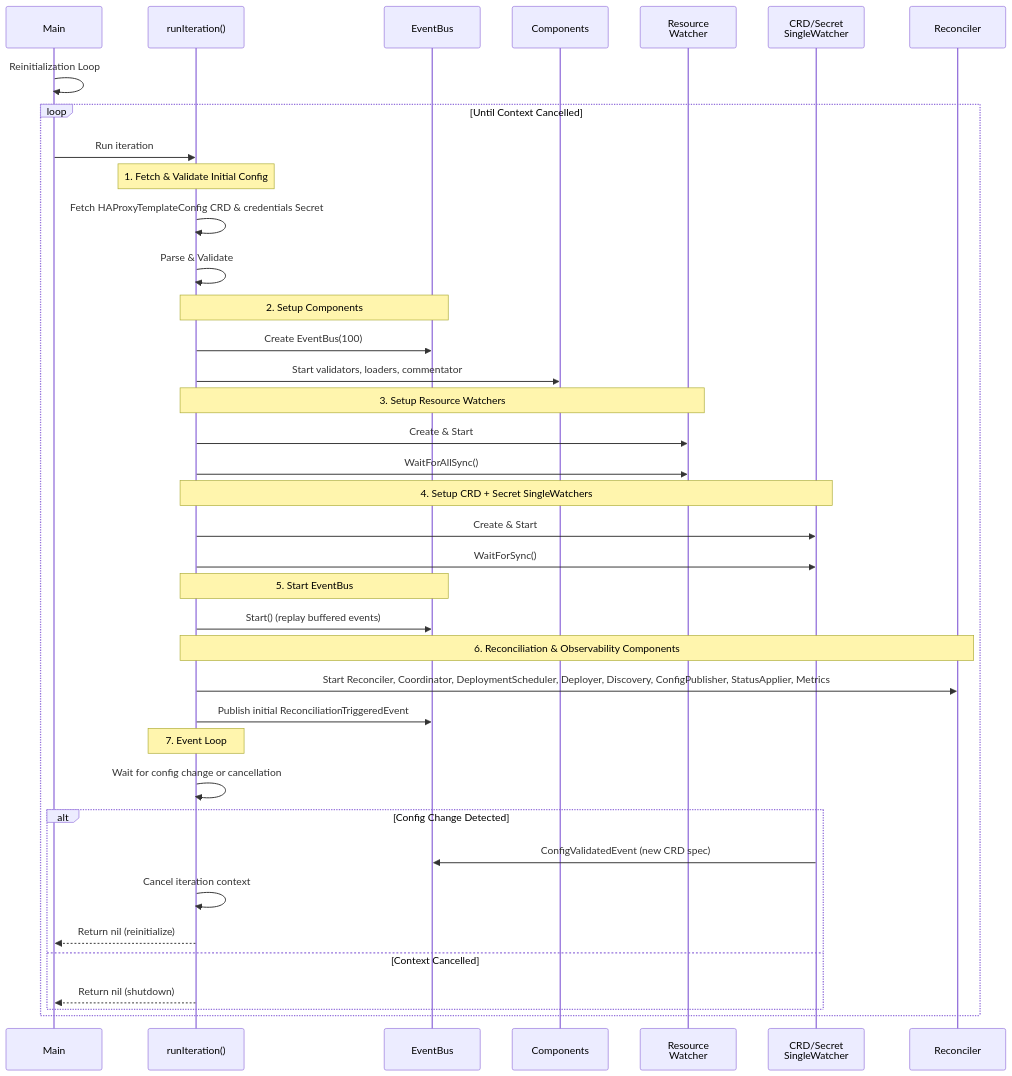
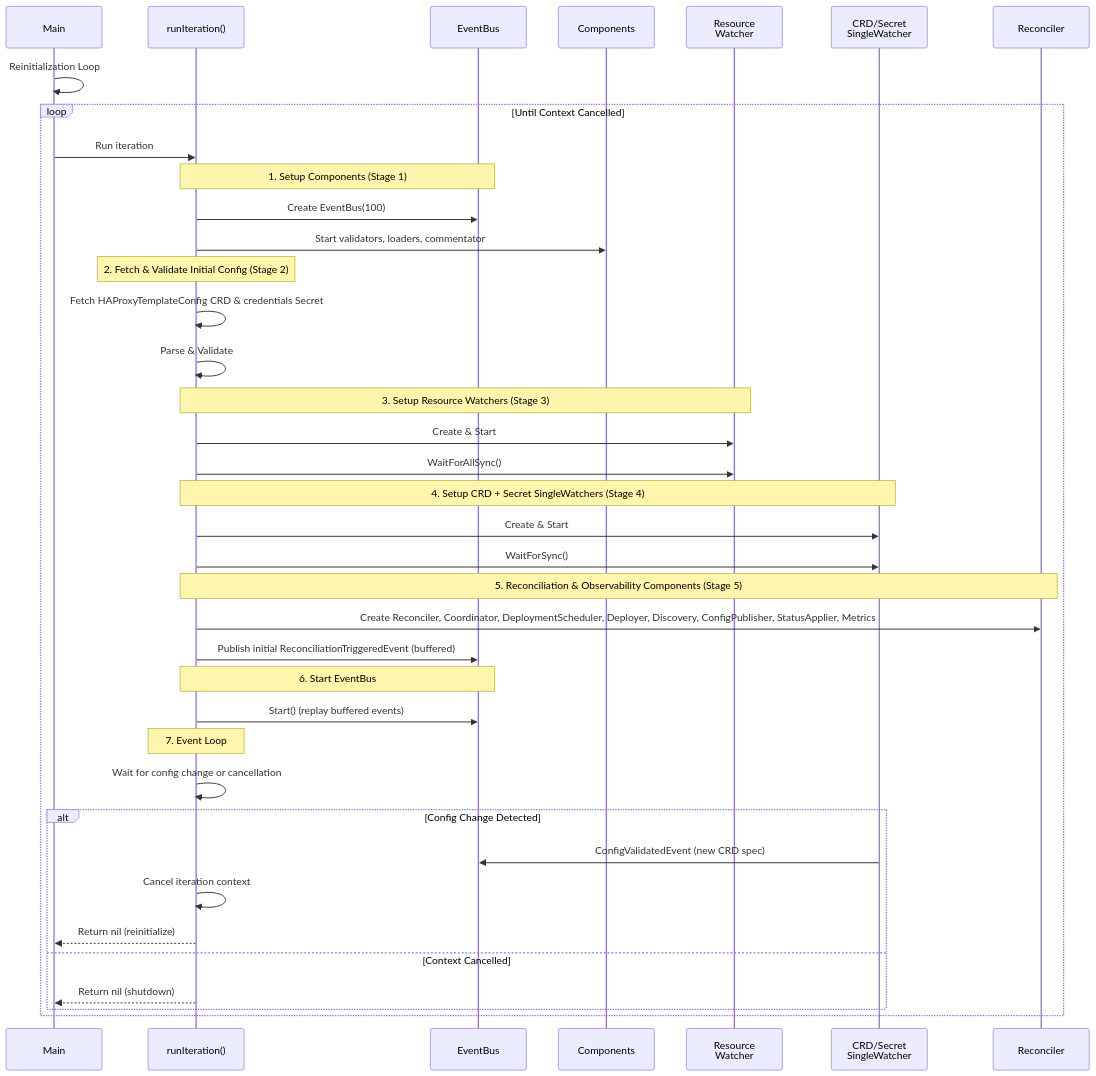
Before and after one commit to HAProxy-Template-IC/haproxy-template-ingress-controller: the first of 4 diagrams in docs/site/docs/development/design/sequence-diagrams.md, drawn with Mermaid. The commit also changed other lines of this file and 7 other files, not shown here.

````diff
--- a/docs/site/docs/development/design/sequence-diagrams.md
+++ b/docs/site/docs/development/design/sequence-diagrams.md
@@ -7,50 +7,50 @@
 ```mermaid
 sequenceDiagram
     participant Main
     participant Iteration as runIteration()
     participant EventBus
     participant Components
     participant ResourceWatcher as Resource<br/>Watcher
     participant CRDSingleWatcher as CRD/Secret<br/>SingleWatcher
     participant Reconciler
 
     Main->>Main: Reinitialization Loop
 
     loop Until Context Cancelled
         Main->>Iteration: Run iteration
 
-        Note over Iteration: 1. Fetch & Validate Initial Config
+        Note over Iteration,EventBus: 1. Setup Components (Stage 1)
+        Iteration->>EventBus: Create EventBus(100)
+        Iteration->>Components: Start validators, loaders, commentator
+
+        Note over Iteration: 2. Fetch & Validate Initial Config (Stage 2)
         Iteration->>Iteration: Fetch HAProxyTemplateConfig CRD & credentials Secret
         Iteration->>Iteration: Parse & Validate
 
-        Note over Iteration,EventBus: 2. Setup Components
-        Iteration->>EventBus: Create EventBus(100)
-        Iteration->>Components: Start validators, loaders, commentator
-
-        Note over Iteration,ResourceWatcher: 3. Setup Resource Watchers
+        Note over Iteration,ResourceWatcher: 3. Setup Resource Watchers (Stage 3)
         Iteration->>ResourceWatcher: Create & Start
         Iteration->>ResourceWatcher: WaitForAllSync()
 
-        Note over Iteration,CRDSingleWatcher: 4. Setup CRD + Secret SingleWatchers
+        Note over Iteration,CRDSingleWatcher: 4. Setup CRD + Secret SingleWatchers (Stage 4)
         Iteration->>CRDSingleWatcher: Create & Start
         Iteration->>CRDSingleWatcher: WaitForSync()
 
-        Note over Iteration,EventBus: 5. Start EventBus
+        Note over Iteration,Reconciler: 5. Reconciliation & Observability Components (Stage 5)
+        Iteration->>Reconciler: Create Reconciler, Coordinator, DeploymentScheduler, Deployer, Discovery, ConfigPublisher, StatusApplier, Metrics
+        Iteration->>EventBus: Publish initial ReconciliationTriggeredEvent (buffered)
+
+        Note over Iteration,EventBus: 6. Start EventBus
         Iteration->>EventBus: Start() (replay buffered events)
-
-        Note over Iteration,Reconciler: 6. Reconciliation & Observability Components
-        Iteration->>Reconciler: Start Reconciler, Coordinator, DeploymentScheduler, Deployer, Discovery, ConfigPublisher, StatusApplier, Metrics
-        Iteration->>EventBus: Publish initial ReconciliationTriggeredEvent
 
         Note over Iteration: 7. Event Loop
         Iteration->>Iteration: Wait for config change or cancellation
 
         alt Config Change Detected
             CRDSingleWatcher->>EventBus: ConfigValidatedEvent (new CRD spec)
             Iteration->>Iteration: Cancel iteration context
             Iteration-->>Main: Return nil (reinitialize)
         else Context Cancelled
             Iteration-->>Main: Return nil (shutdown)
         end
     end
 ```
````
